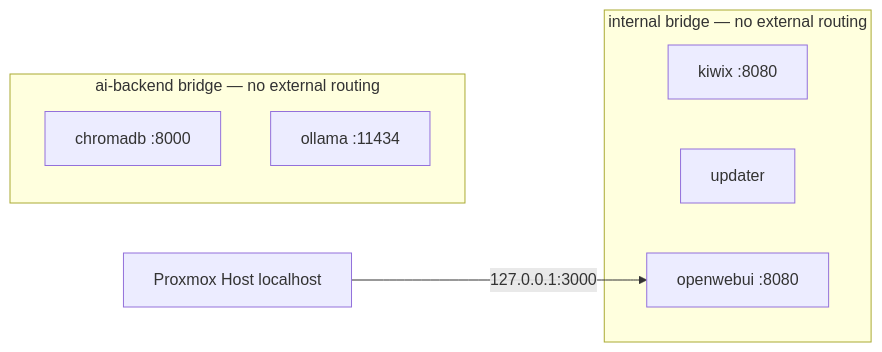
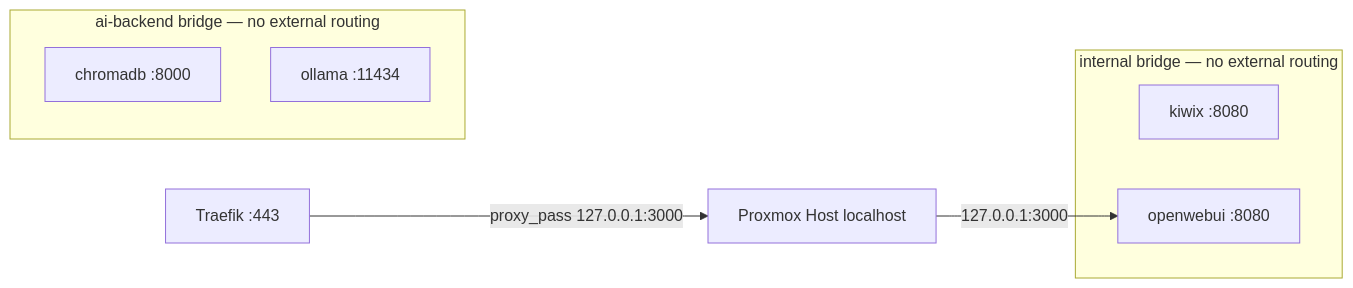
One commit to DXCSithlordPadawan/alexandria changed the second of 4 diagrams in docs/architecture.md. Above: the diagram before and after it, drawn with Mermaid. The commit also changed other lines of this file and 20 other files, not shown here.

````diff
--- a/docs/architecture.md
+++ b/docs/architecture.md
@@ -41,14 +38,14 @@
 ```mermaid
 graph LR
     subgraph internal [internal bridge — no external routing]
         KW[kiwix :8080]
-        UP[updater]
         OW[openwebui :8080]
     end
     subgraph ai-backend [ai-backend bridge — no external routing]
         CH[chromadb :8000]
         OL[ollama :11434]
         OW
     end
     HOST[Proxmox Host localhost] -->|127.0.0.1:3000| OW
+    TFK["Traefik :443"] -->|proxy_pass 127.0.0.1:3000| HOST
 ```
````
